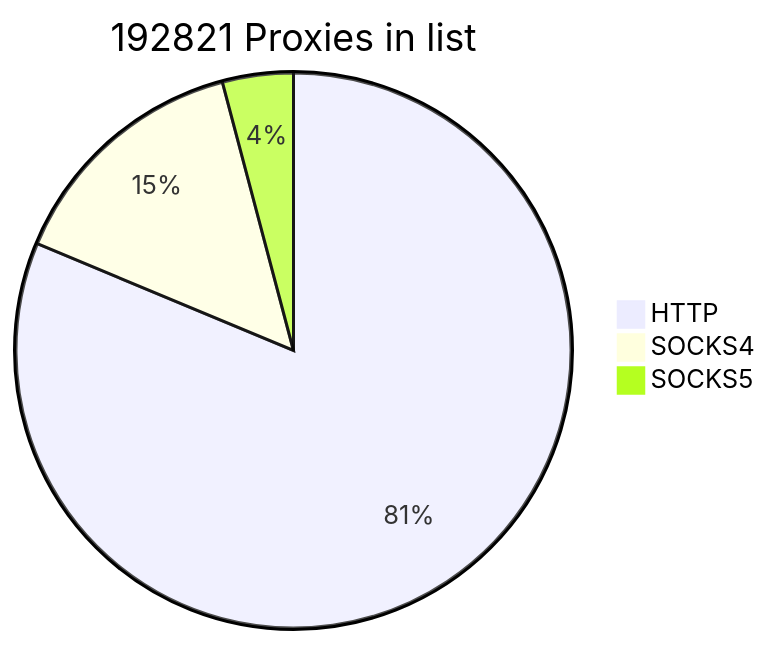
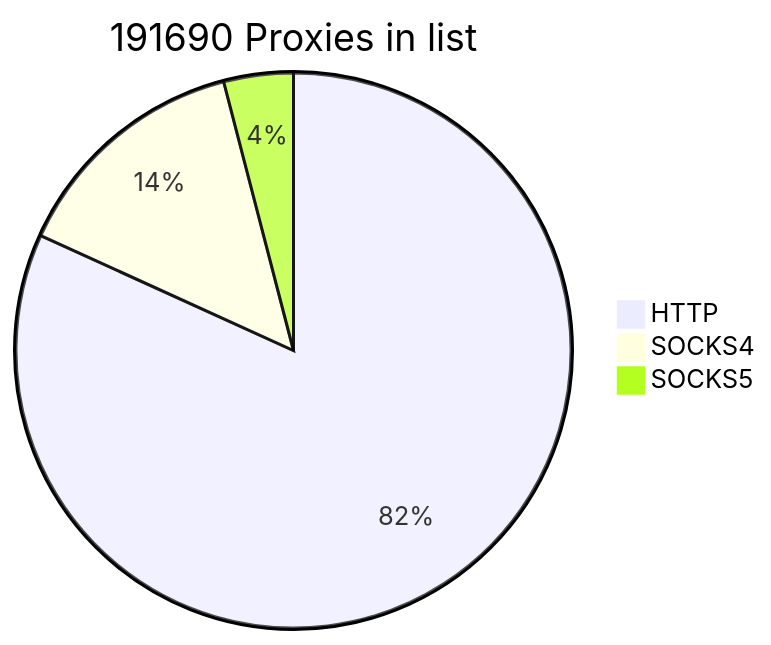
One commit to cutipu/proxylist changed the first of 2 diagrams in README.md. Above: the diagram before and after it, drawn with Mermaid. The commit also changed other lines of this file, not shown here.

````diff
--- a/README.md
+++ b/README.md
@@ -2,7 +2,7 @@
 ```mermaid
-pie title 192821 Proxies in list
-    "HTTP" : 156746
-    "SOCKS4" : 28126
-    "SOCKS5" : 7949
+pie title 191690 Proxies in list
+    "HTTP" : 156777
+    "SOCKS4" : 27158
+    "SOCKS5" : 7755
             
 ```
````
